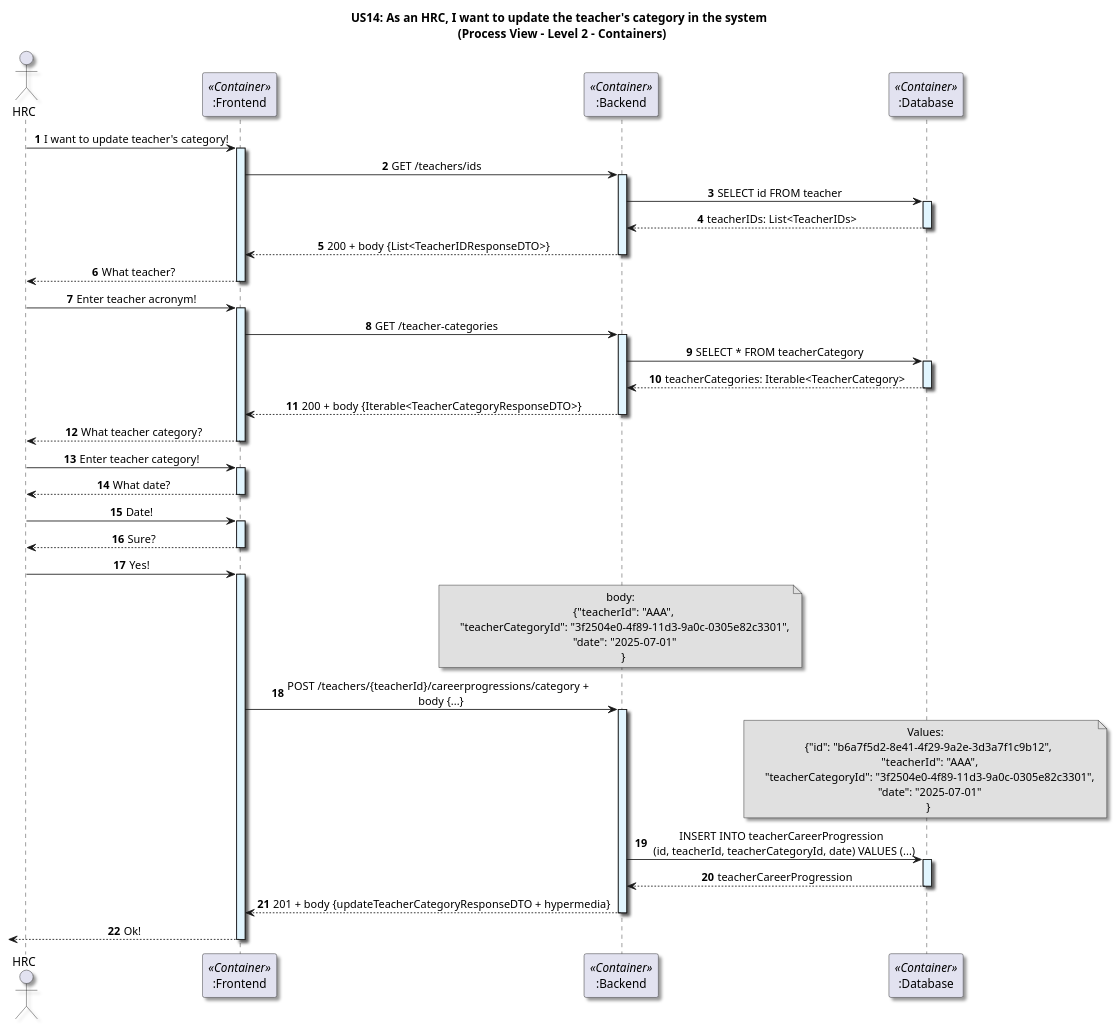
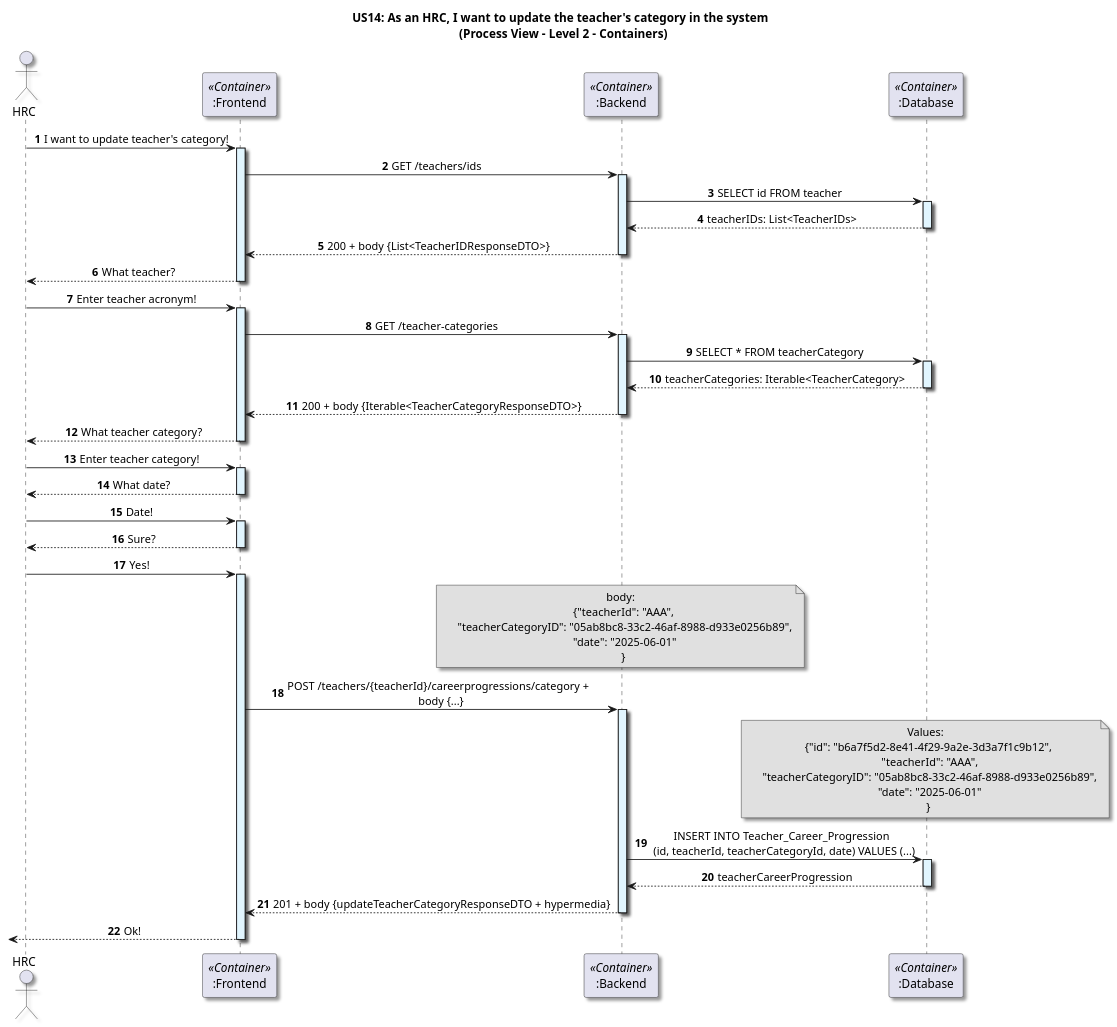
The diagram in docs/US14/Sprint7_RestAPI/ProcessView/Level2.puml (GasparISEP/DevOps-PAI), drawn with PlantUML before and after one commit. The commit also changed 1 other file, not shown here.

Commit message:
docs(process): update level 2 and 3 process views for configureTeacherCategory functionality with minor adjustments #675 #713

```diff
--- a/docs/US14/Sprint7_RestAPI/ProcessView/Level2.puml
+++ b/docs/US14/Sprint7_RestAPI/ProcessView/Level2.puml
@@ -1,96 +1,96 @@
 @startuml
 
 title US14: As an HRC, I want to update the teacher's category in the system \n (Process View - Level 2 - Containers)
 
 skinparam componentStyle component
 skinparam defaultTextAlignment center
 skinparam shadowing true
 
 autonumber
 
 actor HRC as admin
 participant ":Frontend" as frontend <<Container>>
 participant ":Backend" as backend <<Container>>
 participant ":Database" as db <<Container>>
 
 
 admin -> frontend: I want to update teacher's category!
 activate frontend #E1F5FE
 
 frontend -> backend: GET /teachers/ids
 activate backend #E1F5FE
 
 backend -> db: SELECT id FROM teacher
 activate db #E1F5FE
 db --> backend: teacherIDs: List<TeacherIDs>
 deactivate db
 
 backend --> frontend: 200 + body {List<TeacherIDResponseDTO>}
 deactivate backend
 
 frontend --> admin: What teacher?
 deactivate frontend
 
 admin -> frontend: Enter teacher acronym!
 activate frontend #E1F5FE
 
 frontend -> backend: GET /teacher-categories
 activate backend #E1F5FE
 backend -> db: SELECT * FROM teacherCategory
 activate db #E1F5FE
 db --> backend: teacherCategories: Iterable<TeacherCategory>
 deactivate db
 backend --> frontend: 200 + body {Iterable<TeacherCategoryResponseDTO>}
 deactivate backend
 
 frontend --> admin: What teacher category?
 deactivate frontend
 
 admin -> frontend: Enter teacher category!
 activate frontend #E1F5FE
 
 frontend --> admin: What date?
 deactivate frontend
 
 admin -> frontend: Date!
 activate frontend #E1F5FE
 
 frontend --> admin: Sure?
 deactivate frontend
 
 admin -> frontend: Yes!
 activate frontend #E1F5FE
 
 note over backend #E0E0E0
   body:
     {"teacherId": "AAA",
-     "teacherCategoryId": "3f2504e0-4f89-11d3-9a0c-0305e82c3301",
-     "date": "2025-07-01"
+     "teacherCategoryID": "05ab8bc8-33c2-46af-8988-d933e0256b89",
+     "date": "2025-06-01"
     }
 end note
 
 frontend -> backend: POST /teachers/{teacherId}/careerprogressions/category + \n body {...}
 activate backend #E1F5FE
 
 note over db #E0E0E0
   Values:
     {"id": "b6a7f5d2-8e41-4f29-9a2e-3d3a7f1c9b12",
      "teacherId": "AAA",
-     "teacherCategoryId": "3f2504e0-4f89-11d3-9a0c-0305e82c3301",
-     "date": "2025-07-01"
+     "teacherCategoryID": "05ab8bc8-33c2-46af-8988-d933e0256b89",
+     "date": "2025-06-01"
     }
 end note
 
-backend -> db: INSERT INTO teacherCareerProgression \n (id, teacherId, teacherCategoryId, date) VALUES (...)
+backend -> db: INSERT INTO Teacher_Career_Progression \n (id, teacherId, teacherCategoryId, date) VALUES (...)
 activate db #E1F5FE
 
 db --> backend: teacherCareerProgression
 deactivate db
 
 backend --> frontend: 201 + body {updateTeacherCategoryResponseDTO + hypermedia}
 deactivate backend
 
 <-- frontend : Ok!
 deactivate frontend
 
 @enduml
```
